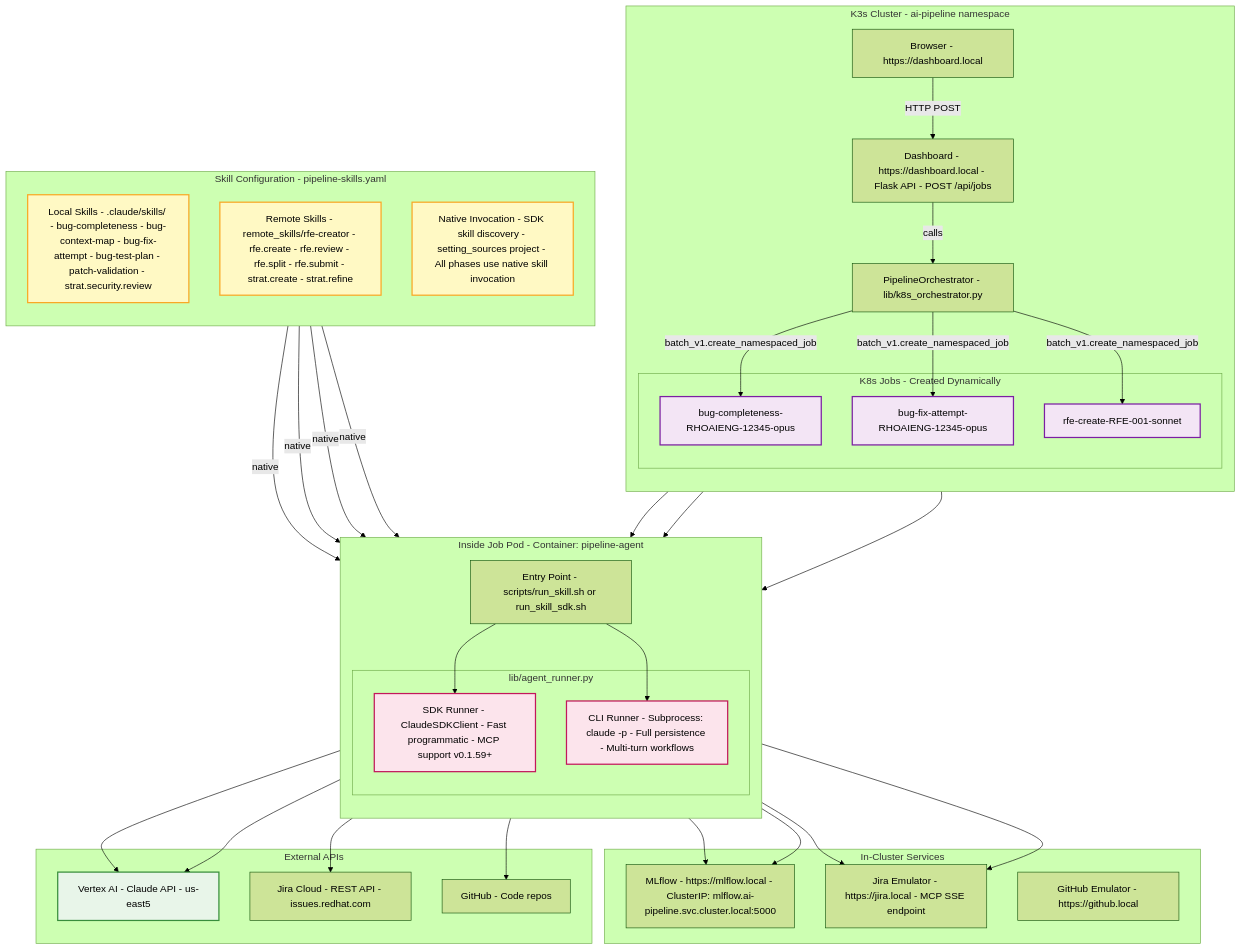
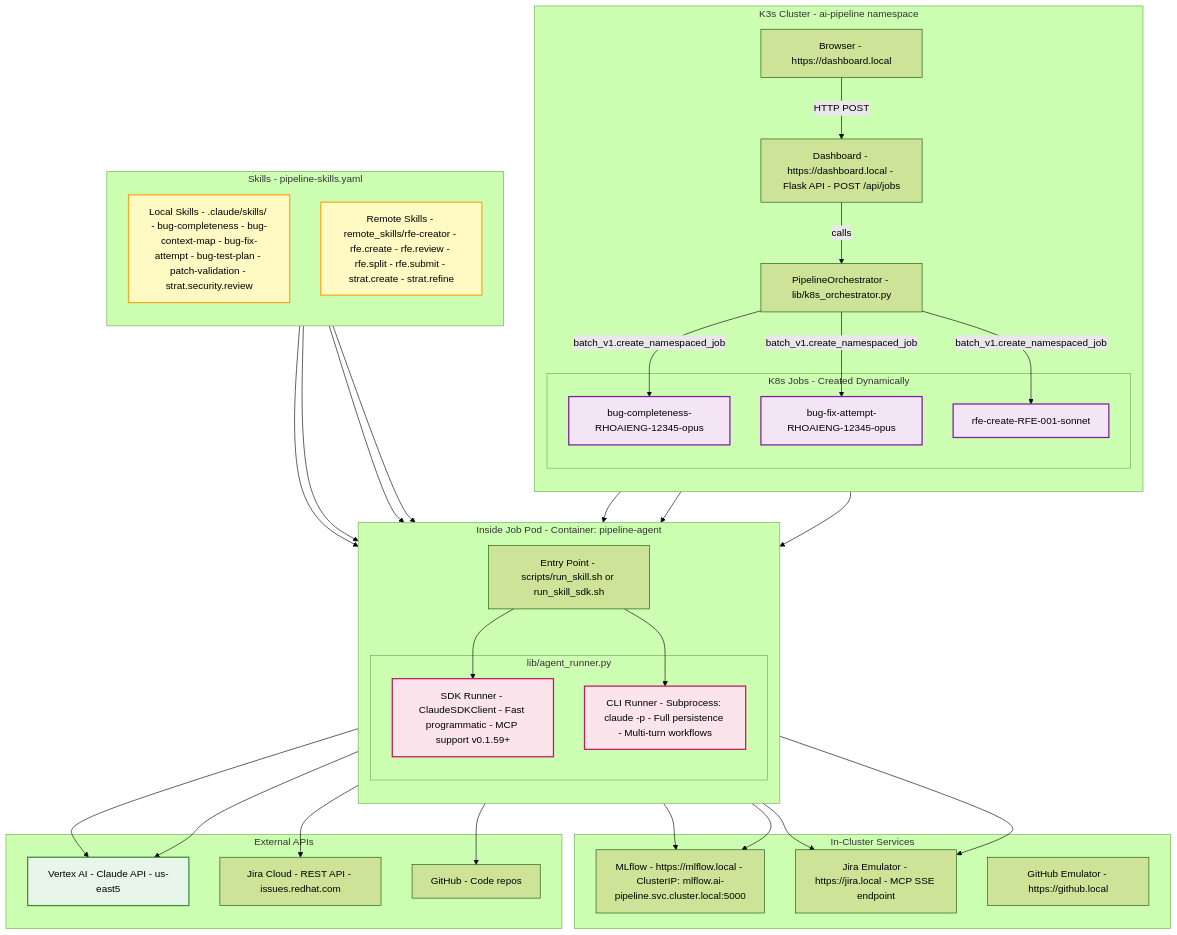
The diagram in docs/architecture-jobs-runners.mmd (jctanner/ai-first-pipeline), drawn with Mermaid (forest theme) before and after one commit. The commit also changed 1 other file, not shown here.

Commit message:
Remove redundant 'native' labels from skill invocation
Without 'templated' invocation, there's no distinction to make.
Skills are just skills - agents invoke them via the Skill tool.

Simplified:
- Removed "Native Invocation" node
- Removed "native" edge labels
- Removed "Native skill discovery" from runner descriptions
- Clean arrows: Skills → Runners

```diff
--- a/docs/architecture-jobs-runners.mmd
+++ b/docs/architecture-jobs-runners.mmd
@@ -1,88 +1,86 @@
 graph TB
     Browser["Browser - https://dashboard.local"]
 
     subgraph K8s["K3s Cluster - ai-pipeline namespace"]
         direction TB
 
         Dashboard["Dashboard - https://dashboard.local - Flask API - POST /api/jobs"]
         Orchestrator["PipelineOrchestrator - lib/k8s_orchestrator.py"]
 
         subgraph Jobs["K8s Jobs - Created Dynamically"]
             Job1["bug-completeness-RHOAIENG-12345-opus"]
             Job2["bug-fix-attempt-RHOAIENG-12345-opus"]
             Job3["rfe-create-RFE-001-sonnet"]
         end
 
         Browser -->|HTTP POST| Dashboard
         Dashboard -->|calls| Orchestrator
         Orchestrator -->|batch_v1.create_namespaced_job| Job1
         Orchestrator -->|batch_v1.create_namespaced_job| Job2
         Orchestrator -->|batch_v1.create_namespaced_job| Job3
     end
 
     subgraph JobPod["Inside Job Pod - Container: pipeline-agent"]
         direction TB
 
         Scripts["Entry Point - scripts/run_skill.sh or run_skill_sdk.sh"]
 
         subgraph RunnerLogic["lib/agent_runner.py"]
             SDKRunner["SDK Runner - ClaudeSDKClient - Fast programmatic - MCP support v0.1.59+"]
             CLIRunner["CLI Runner - Subprocess: claude -p - Full persistence - Multi-turn workflows"]
         end
 
         Scripts --> SDKRunner
         Scripts --> CLIRunner
     end
 
-    subgraph Skills["Skill Configuration - pipeline-skills.yaml"]
+    subgraph Skills["Skills - pipeline-skills.yaml"]
         direction TB
 
         LocalSkills["Local Skills - .claude/skills/ - bug-completeness - bug-context-map - bug-fix-attempt - bug-test-plan - patch-validation - strat.security.review"]
 
         RemoteSkills["Remote Skills - remote_skills/rfe-creator - rfe.create - rfe.review - rfe.split - rfe.submit - strat.create - strat.refine"]
-
-        Native["Native Invocation - SDK skill discovery - setting_sources project - All phases use native skill invocation"]
     end
 
     subgraph ClusterServices["In-Cluster Services"]
         MLflowService["MLflow - https://mlflow.local - ClusterIP: mlflow.ai-pipeline.svc.cluster.local:5000"]
         JiraEmuService["Jira Emulator - https://jira.local - MCP SSE endpoint"]
         GitHubEmuService["GitHub Emulator - https://github.local"]
     end
 
     subgraph External["External APIs"]
         VertexAI["Vertex AI - Claude API - us-east5"]
         JiraCloud["Jira Cloud - REST API - issues.redhat.com"]
         GitHubCloud["GitHub - Code repos"]
     end
 
     Job1 --> Scripts
     Job2 --> Scripts
     Job3 --> Scripts
 
-    LocalSkills -->|native| SDKRunner
-    LocalSkills -->|native| CLIRunner
-    RemoteSkills -->|native| SDKRunner
-    RemoteSkills -->|native| CLIRunner
+    LocalSkills --> SDKRunner
+    LocalSkills --> CLIRunner
+    RemoteSkills --> SDKRunner
+    RemoteSkills --> CLIRunner
 
     SDKRunner --> VertexAI
     CLIRunner --> VertexAI
 
     SDKRunner --> MLflowService
     CLIRunner --> MLflowService
 
     SDKRunner --> JiraEmuService
     CLIRunner --> JiraEmuService
 
     SDKRunner --> JiraCloud
     CLIRunner --> GitHubCloud
 
     classDef job fill:#f3e5f5,stroke:#7b1fa2,stroke-width:2px
     classDef runner fill:#fce4ec,stroke:#c2185b,stroke-width:2px
     classDef skill fill:#fff9c4,stroke:#f9a825,stroke-width:2px
     classDef external fill:#e8f5e9,stroke:#388e3c,stroke-width:2px
 
     class Job1,Job2,Job3 job
     class SDKRunner,CLIRunner runner
     class LocalSkills,RemoteSkills,Templated,Native skill
     class VertexAI,JiraAPI,MLflow external
```
